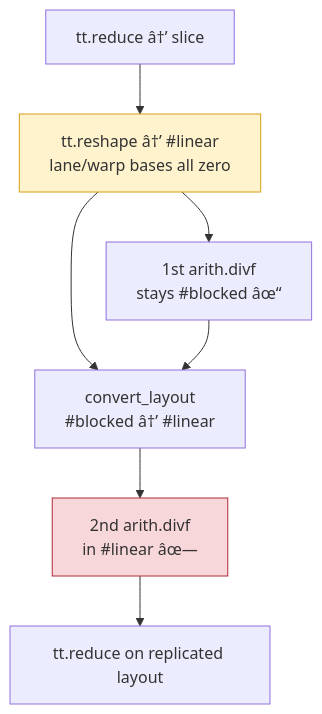
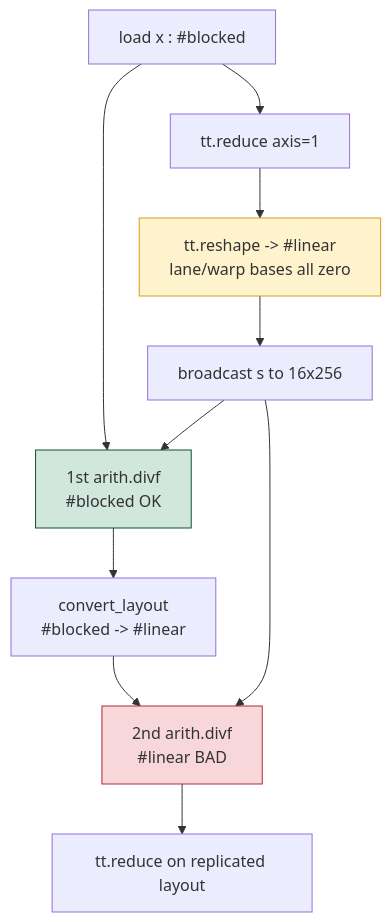
The fourth of 7 diagrams in README.md (ArchanaChetan07/Triton-), drawn with Mermaid before and after one commit. The commit also changed other lines of this file, not shown here.

Commit message:
Fix README: encoding, sm_90 badge accuracy, measured PTX lines, diagrams

````diff
--- a/README.md
+++ b/README.md
@@ -92,12 +82,16 @@
 ```mermaid
 flowchart TB
-    R["tt.reduce â†’ slice"] --> RS["tt.reshape â†’ #linear<br/>lane/warp bases all zero"]
-    RS --> D1["1st arith.divf<br/>stays #blocked âœ“"]
-    RS --> CV["convert_layout<br/>#blocked â†’ #linear"]
-    D1 --> CV
-    CV --> D2["2nd arith.divf<br/>in #linear âœ—"]
+    X["load x : #blocked"] --> R1["tt.reduce axis=1"]
+    R1 --> RS["tt.reshape -> #linear<br/>lane/warp bases all zero"]
+    RS --> Bcast["broadcast s to 16x256"]
+    X --> D1["1st arith.divf<br/>#blocked OK"]
+    Bcast --> D1
+    D1 --> CV["convert_layout<br/>#blocked -> #linear"]
+    CV --> D2["2nd arith.divf<br/>#linear BAD"]
+    Bcast --> D2
     D2 --> R2["tt.reduce on replicated layout"]
 
     style D2 fill:#f8d7da,stroke:#b02a37
     style RS fill:#fff3cd,stroke:#d4a017
+    style D1 fill:#d1e7dd,stroke:#0f5132
 ```
````
